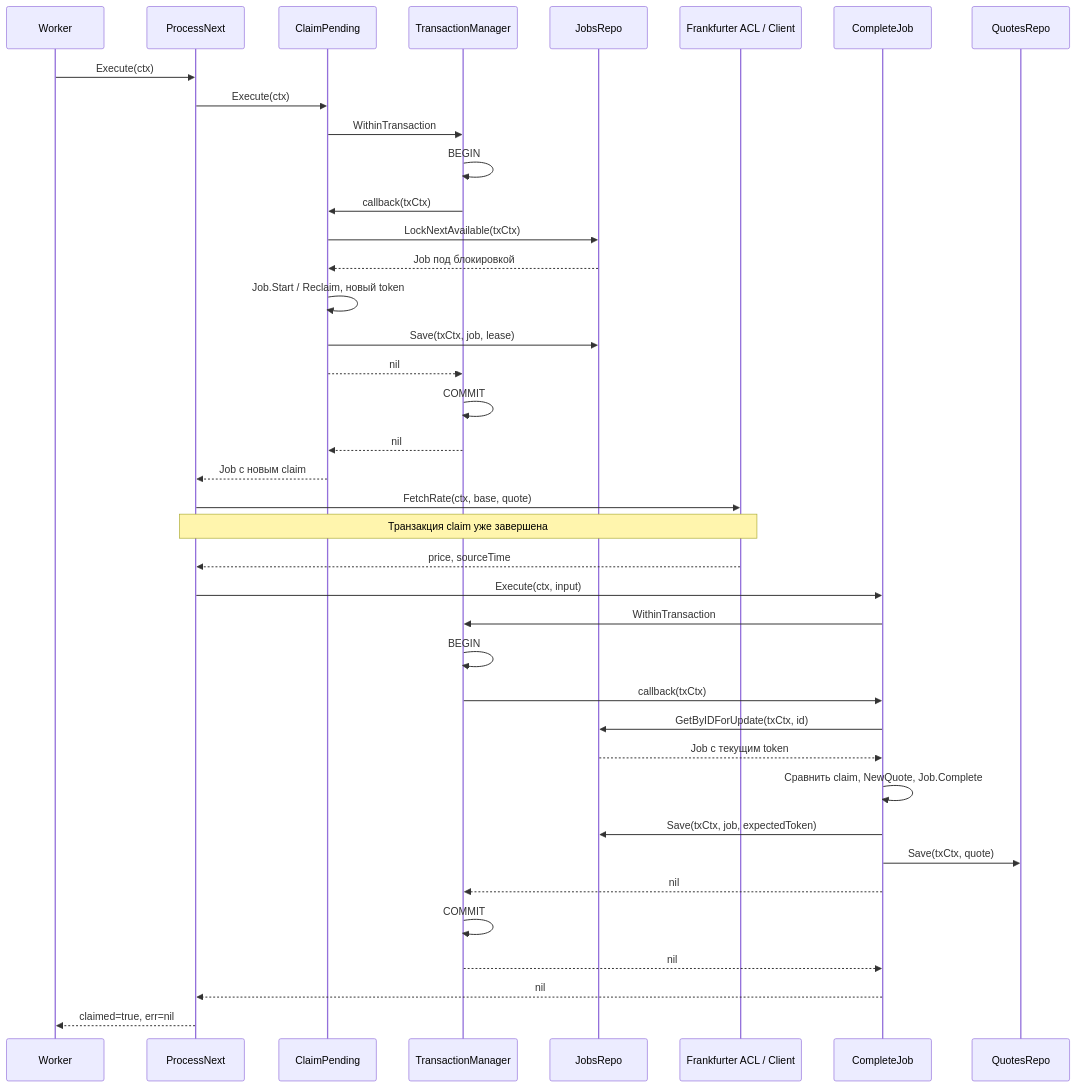
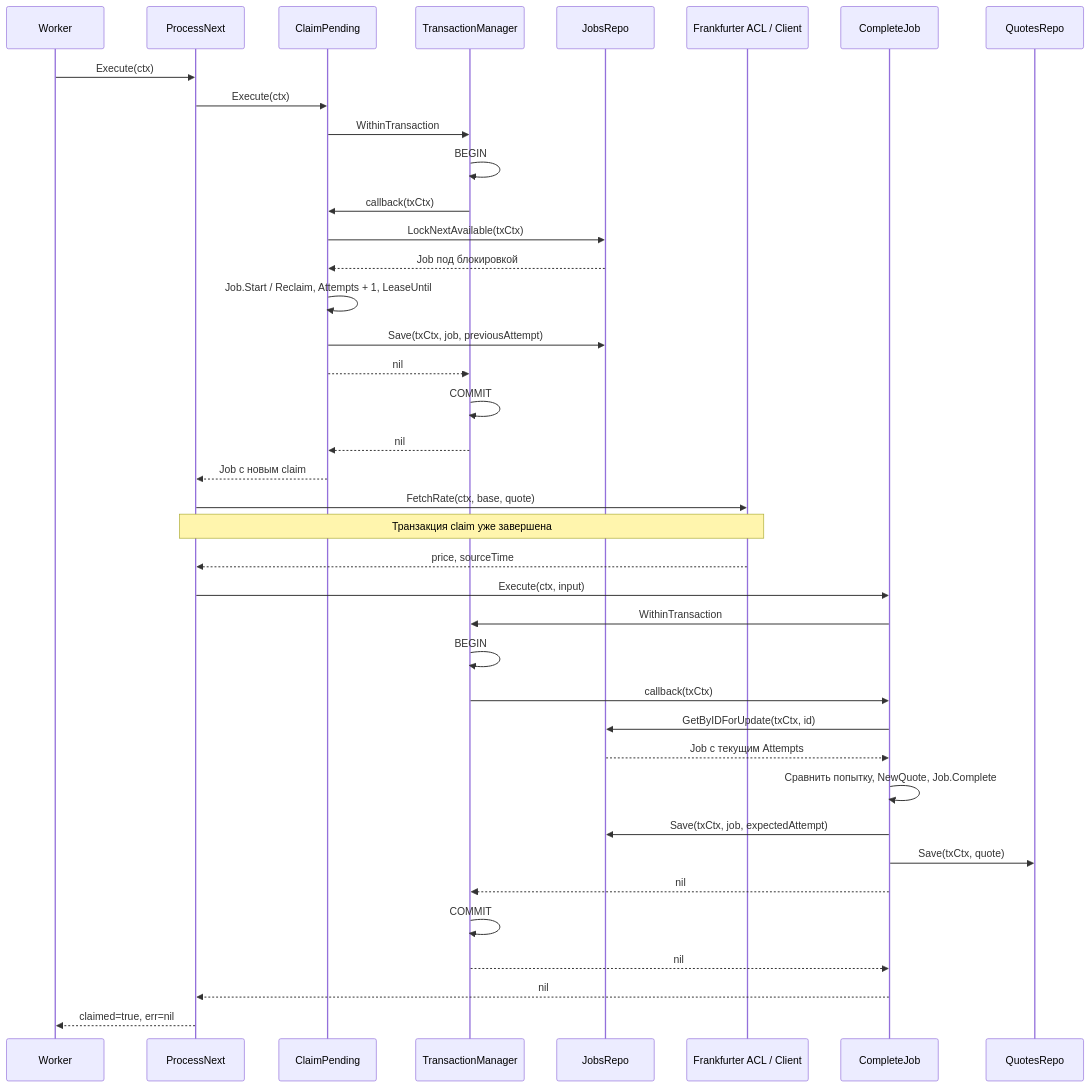
One commit to artyomstank/plata-currency-service changed the diagram in docs/jobs.md. Above: the diagram before and after it, drawn with Mermaid. The commit also changed other lines of this file and 52 other files, not shown here.

````diff
--- a/docs/jobs.md
+++ b/docs/jobs.md
@@ -13,42 +16,42 @@
 ```mermaid
 sequenceDiagram
     participant W as Worker
     participant U as ProcessNext
     participant C as ClaimPending
     participant T as TransactionManager
     participant J as JobsRepo
     participant P as Frankfurter ACL / Client
     participant F as CompleteJob
     participant Q as QuotesRepo
 
     W->>U: Execute(ctx)
     U->>C: Execute(ctx)
     C->>T: WithinTransaction
     T->>T: BEGIN
     T->>C: callback(txCtx)
     C->>J: LockNextAvailable(txCtx)
     J-->>C: Job под блокировкой
-    C->>C: Job.Start / Reclaim, новый token
-    C->>J: Save(txCtx, job, lease)
+    C->>C: Job.Start / Reclaim, Attempts + 1, LeaseUntil
+    C->>J: Save(txCtx, job, previousAttempt)
     C-->>T: nil
     T->>T: COMMIT
     T-->>C: nil
     C-->>U: Job с новым claim
     U->>P: FetchRate(ctx, base, quote)
     Note over U,P: Транзакция claim уже завершена
     P-->>U: price, sourceTime
     U->>F: Execute(ctx, input)
     F->>T: WithinTransaction
     T->>T: BEGIN
     T->>F: callback(txCtx)
     F->>J: GetByIDForUpdate(txCtx, id)
-    J-->>F: Job с текущим token
-    F->>F: Сравнить claim, NewQuote, Job.Complete
-    F->>J: Save(txCtx, job, expectedToken)
+    J-->>F: Job с текущим Attempts
+    F->>F: Сравнить попытку, NewQuote, Job.Complete
+    F->>J: Save(txCtx, job, expectedAttempt)
     F->>Q: Save(txCtx, quote)
     F-->>T: nil
     T->>T: COMMIT
     T-->>F: nil
     F-->>U: nil
     U-->>W: claimed=true, err=nil
 ```
````
